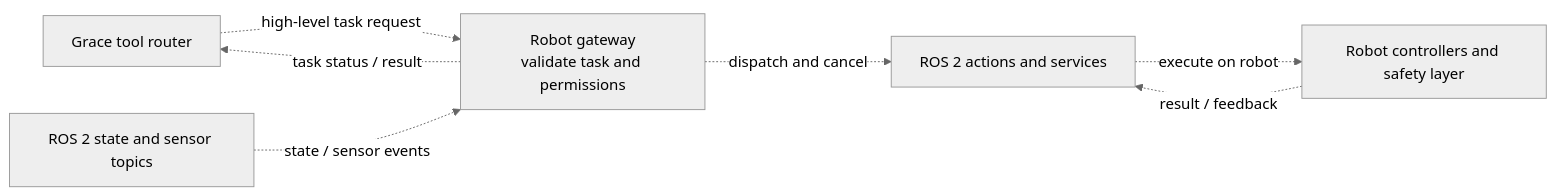
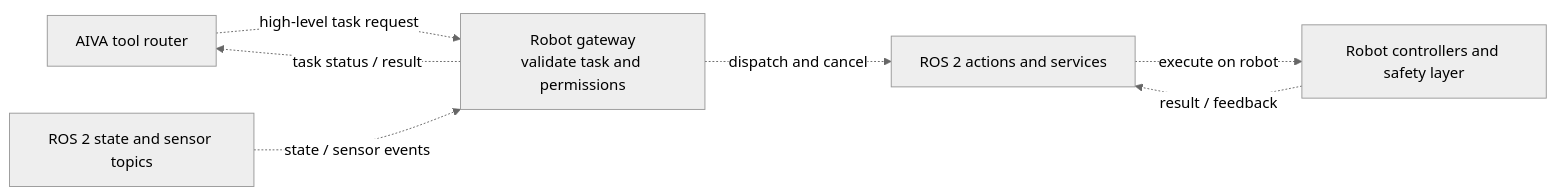
The second of 2 diagrams in docs/ARCHITECTURE.md (OppaAI/AGi), drawn with Mermaid (neutral theme) before and after one commit. The commit also changed other lines of this file and 36 other files, not shown here.

````diff
--- a/docs/ARCHITECTURE.md
+++ b/docs/ARCHITECTURE.md
@@ -156,15 +156,15 @@
 ```mermaid
 flowchart LR
-  Grace[Grace tool router]
+  AIVA[AIVA tool router]
   Gateway[Robot gateway\nvalidate task and permissions]
   Actions[ROS 2 actions and services]
   Topics[ROS 2 state and sensor topics]
   Robot[Robot controllers and safety layer]
 
-  Grace -. high-level task request .-> Gateway
+  AIVA -. high-level task request .-> Gateway
   Gateway -. dispatch and cancel .-> Actions
   Actions -. execute on robot .-> Robot
   Robot -. result / feedback .-> Actions
   Topics -. state / sensor events .-> Gateway
-  Gateway -. task status / result .-> Grace
+  Gateway -. task status / result .-> AIVA
 ```
````
